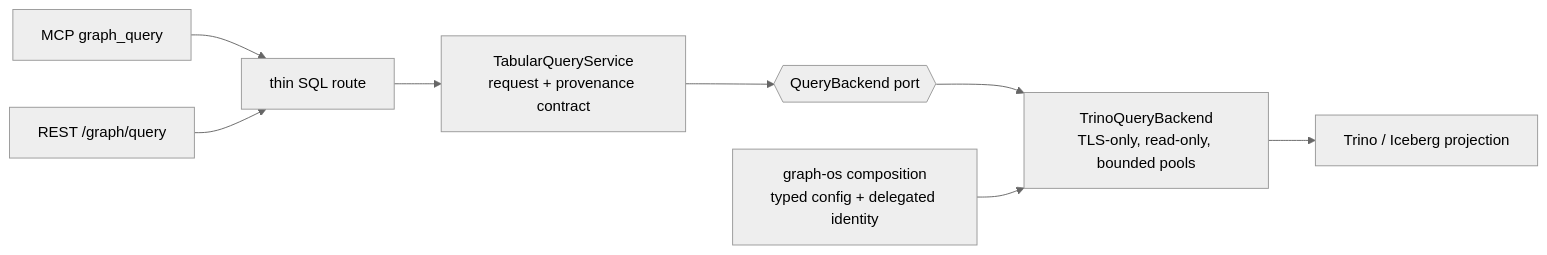
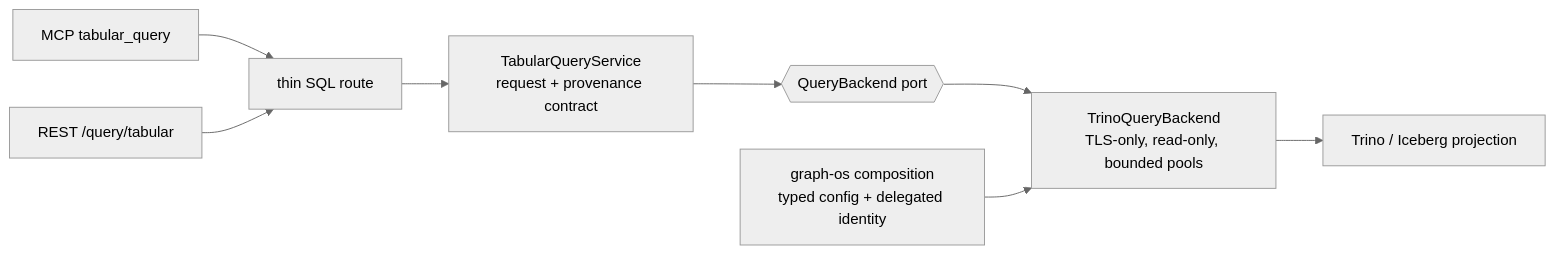
One commit to Knuckles-Team/agent-utilities changed the fifth of 5 diagrams in docs/architecture/graph_backends_architecture.md. Above: the diagram before and after it, drawn with Mermaid (neutral theme). The commit also changed other lines of this file and 191 other files, not shown here.

````diff
--- a/docs/architecture/graph_backends_architecture.md
+++ b/docs/architecture/graph_backends_architecture.md
@@ -658,10 +658,10 @@
 ```mermaid
 flowchart LR
-    MCP["MCP graph_query"] --> ROUTE["thin SQL route"]
-    REST["REST /graph/query"] --> ROUTE
+    MCP["MCP tabular_query"] --> ROUTE["thin SQL route"]
+    REST["REST /query/tabular"] --> ROUTE
     ROUTE --> APP["TabularQueryService<br/>request + provenance contract"]
     APP --> PORT{{"QueryBackend port"}}
     PORT --> TRINO["TrinoQueryBackend<br/>TLS-only, read-only, bounded pools"]
     COMPOSE["graph-os composition<br/>typed config + delegated identity"] --> TRINO
     TRINO --> ICEBERG["Trino / Iceberg projection"]
 ```
````
